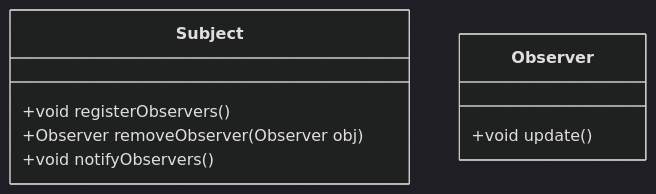
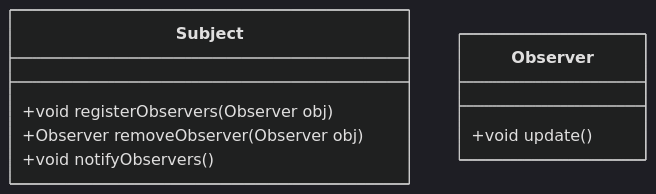
The second of 2 diagrams in observerpattern.md (sovan92/LowLevelDesignDocuments), drawn with Mermaid (dark theme) before and after one commit. The commit also changed other lines of this file, not shown here.

````diff
--- a/observerpattern.md
+++ b/observerpattern.md
@@ -32,16 +32,16 @@
 ```mermaid
 
 classDiagram
     direction TB
     class Subject {
 
-        +void registerObservers()
+        +void registerObservers(Observer obj)
         +Observer removeObserver(Observer obj)
         +void notifyObservers()  
     }
 
     class Observer {
         +void update()
     }
 
 ```
````
